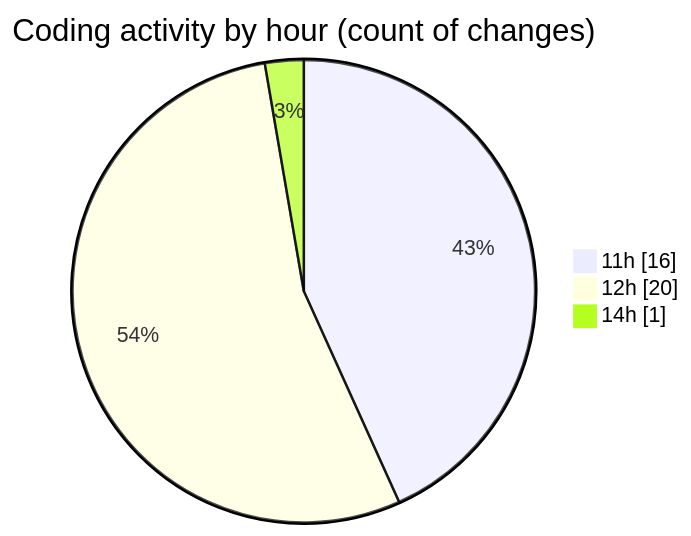
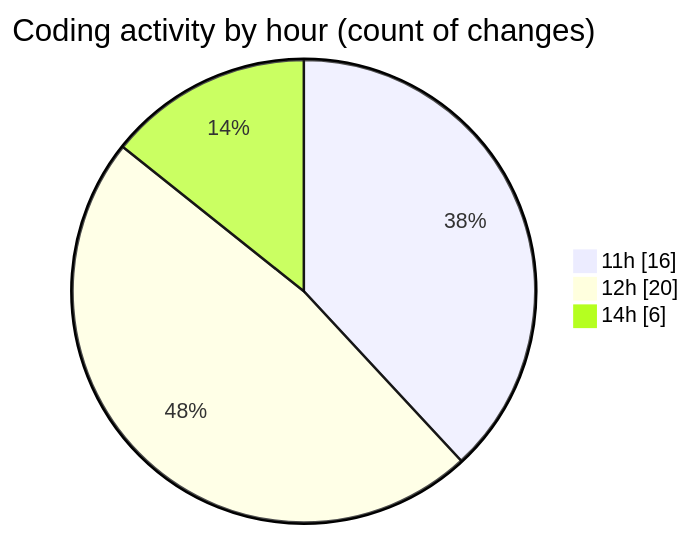
One commit to Netris89/code-tracking changed the second of 2 diagrams in 2025-03-26/back-end/README.md. Above: the diagram before and after it, drawn with Mermaid. The commit also changed other lines of this file and 1 other file, not shown here.

````diff
--- a/2025-03-26/back-end/README.md
+++ b/2025-03-26/back-end/README.md
@@ -45,7 +50,7 @@
 ```mermaid
 pie showData
 title Coding activity by hour (count of changes)
 "11h" : 16
 "12h" : 20
-"14h" : 1
+"14h" : 6
 ```
````
